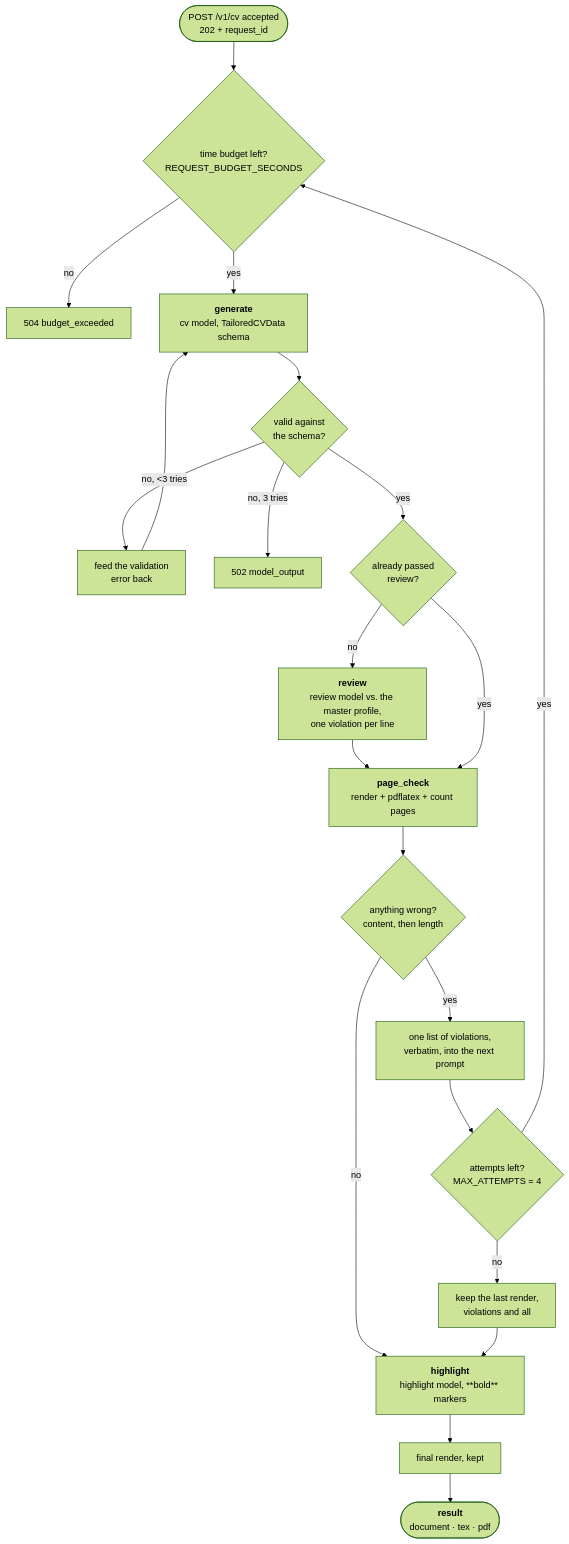
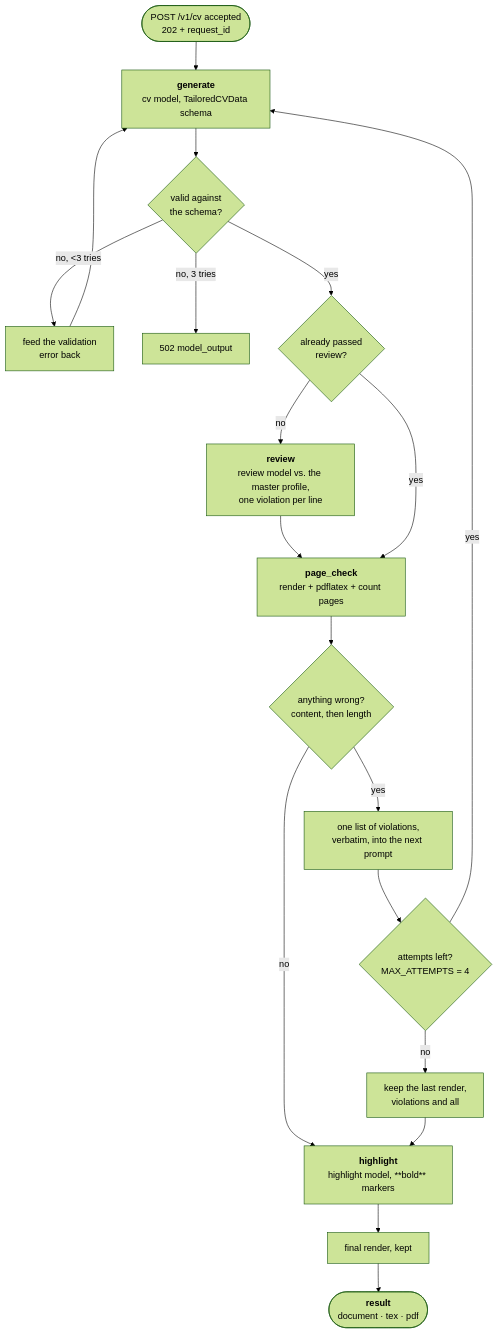
One commit to gcontini/ats-strike changed the first of 2 diagrams in doc/cv-pipeline.md. Above: the diagram before and after it, drawn with Mermaid (forest theme). The commit also changed other lines of this file and 17 other files, not shown here.

````diff
--- a/doc/cv-pipeline.md
+++ b/doc/cv-pipeline.md
@@ -14,24 +14,22 @@
 ```mermaid
 flowchart TD
-    START(["POST /v1/cv accepted<br/>202 + request_id"]) --> DL{"time budget left?<br/>REQUEST_BUDGET_SECONDS"}
-    DL -->|"no"| BUDGET["504 budget_exceeded"]
-    DL -->|"yes"| GEN["<b>generate</b><br/>cv model, TailoredCVData schema"]
+    START(["POST /v1/cv accepted<br/>202 + request_id"]) --> GEN["<b>generate</b><br/>cv model, TailoredCVData schema"]
 
     GEN --> VAL{"valid against<br/>the schema?"}
     VAL -->|"no, &lt;3 tries"| FEED["feed the validation<br/>error back"] --> GEN
     VAL -->|"no, 3 tries"| FAIL502["502 model_output"]
     VAL -->|"yes"| REVIEWED{"already passed<br/>review?"}
 
     REVIEWED -->|"no"| REV["<b>review</b><br/>review model vs. the master profile,<br/>one violation per line"]
     REV --> RENDER
     REVIEWED -->|"yes"| RENDER["<b>page_check</b><br/>render + pdflatex + count pages"]
 
     RENDER --> VERDICT{"anything wrong?<br/>content, then length"}
     VERDICT -->|"yes"| VIO["one list of violations,<br/>verbatim, into the next prompt"] --> NEXT{"attempts left?<br/>MAX_ATTEMPTS = 4"}
-    NEXT -->|"yes"| DL
+    NEXT -->|"yes"| GEN
     NEXT -->|"no"| LAST["keep the last render,<br/>violations and all"]
     VERDICT -->|"no"| HL
     LAST --> HL["<b>highlight</b><br/>highlight model, **bold** markers"]
 
     HL --> FINAL["final render, kept"] --> FIN(["<b>result</b><br/>document · tex · pdf"])
 ```
````
